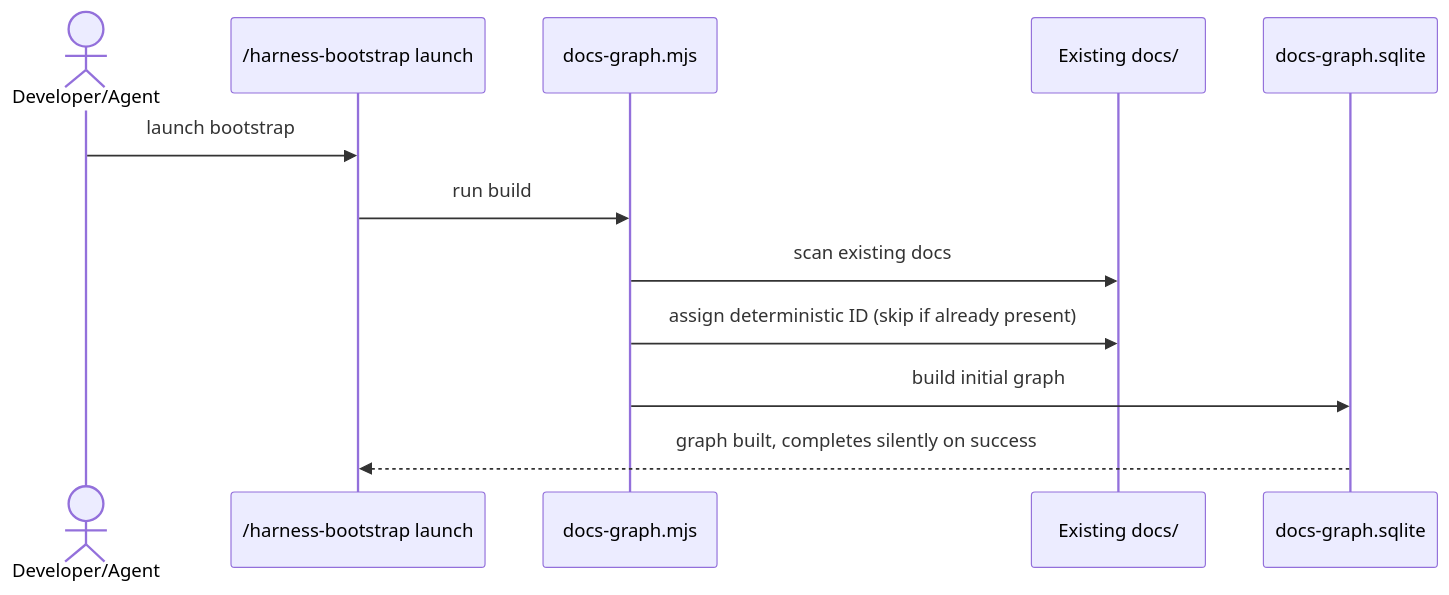
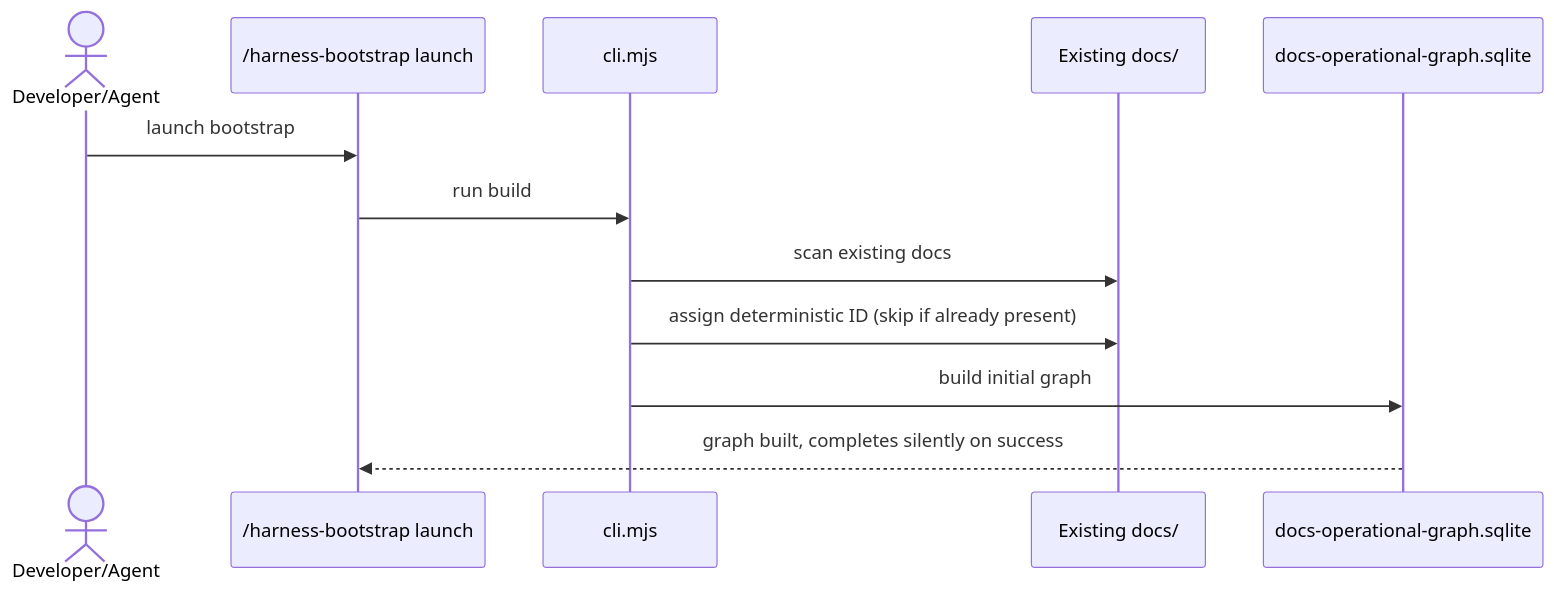
The fifth of 5 diagrams in docs/Harness/07 Knowledge Graph/01 Ops Model.md (DataArt/artisyn-implementation-harness), drawn with Mermaid before and after one commit. The commit also changed other lines of this file and 10 other files, not shown here.

Commit message:
docs(architecture): describe the operational graph's HLD/LLD/Harness boundary

````diff
--- a/docs/Harness/07 Knowledge Graph/01 Ops Model.md
+++ b/docs/Harness/07 Knowledge Graph/01 Ops Model.md
@@ -168,15 +178,15 @@
 ```mermaid
 sequenceDiagram
     actor Dev as Developer/Agent
     participant Boot as /harness-bootstrap launch
-    participant Script as docs-graph.mjs
+    participant Script as cli.mjs
     participant Docs as Existing docs/
-    participant DB as docs-graph.sqlite
+    participant DB as docs-operational-graph.sqlite
 
     Dev->>Boot: launch bootstrap
     Boot->>Script: run build
     Script->>Docs: scan existing docs
     Script->>Docs: assign deterministic ID (skip if already present)
     Script->>DB: build initial graph
     DB-->>Boot: graph built, completes silently on success
 ```
````
